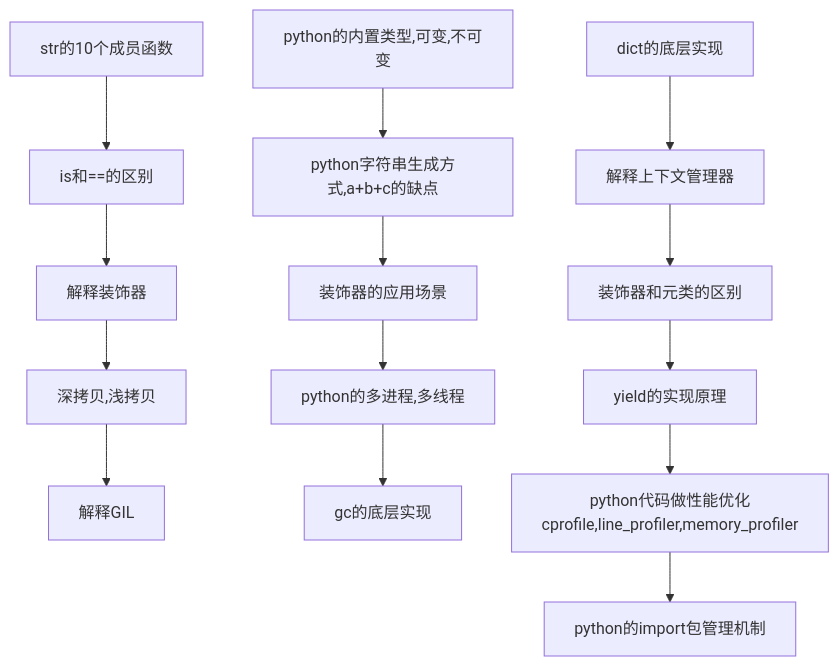
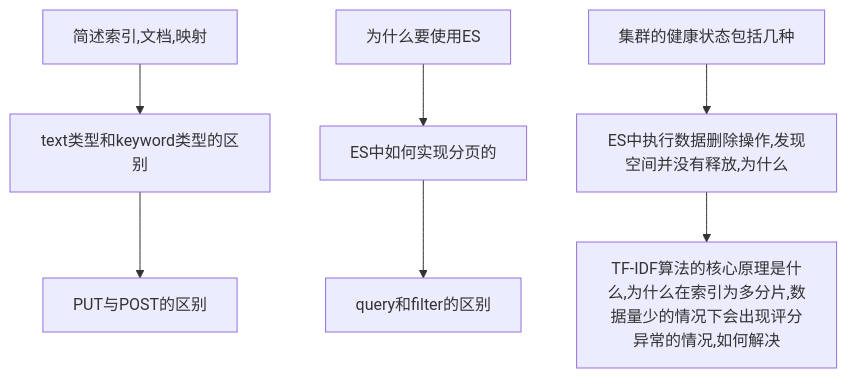
One commit to Roxas/article changed the eighth of 15 diagrams in interview_flow.md. Above: the diagram before and after it, drawn with Mermaid. The commit also changed other lines of this file, not shown here.

First line of the commit message:
update flow

````diff
--- a/interview_flow.md
+++ b/interview_flow.md
@@ -60,6 +99,6 @@
 ```mermaid
 graph TB
-    a[str的10个成员函数] --> d[is和==的区别] --> g[解释装饰器] --> j[深拷贝,浅拷贝] --> m[解释GIL]
-    b[python的内置类型,可变,不可变] --> e[python字符串生成方式,a+b+c的缺点] --> h[装饰器的应用场景] --> k[python的多进程,多线程] --> n[gc的底层实现]
-    c[dict的底层实现] --> f[解释上下文管理器] --> i[装饰器和元类的区别] --> l[yield的实现原理] --> o[python代码做性能优化cprofile,line_profiler,memory_profiler] --> p[python的import包管理机制]
+  a[简述索引<index>,文档<Document>,映射<Mapping>] --> d[text类型和keyword类型的区别] --> g[PUT与POST的区别]
+  b[为什么要使用ES] --> e[ES中如何实现分页的] --> h[query和filter的区别]
+  c[集群的健康状态包括几种] --> f[ES中执行数据删除操作,发现空间并没有释放,为什么] --> i[TF-IDF算法的核心原理是什么,为什么在索引为多分片,数据量少的情况下会出现评分异常的情况,如何解决]
 ```
````
